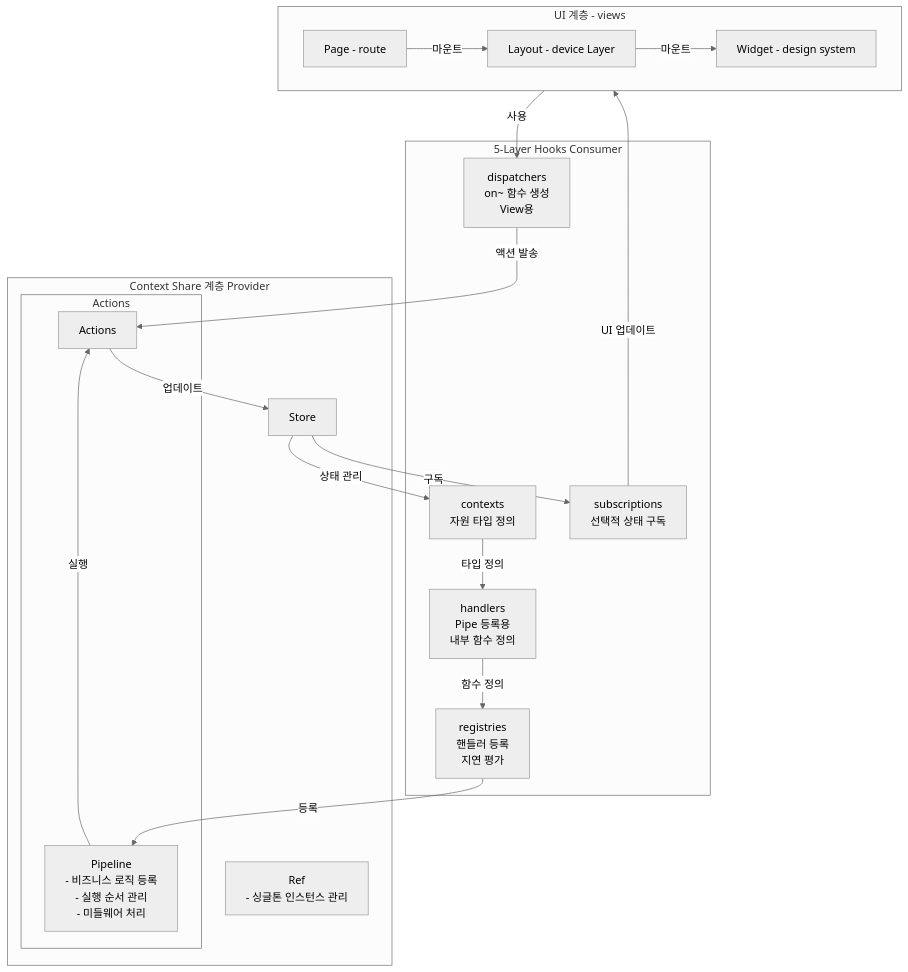
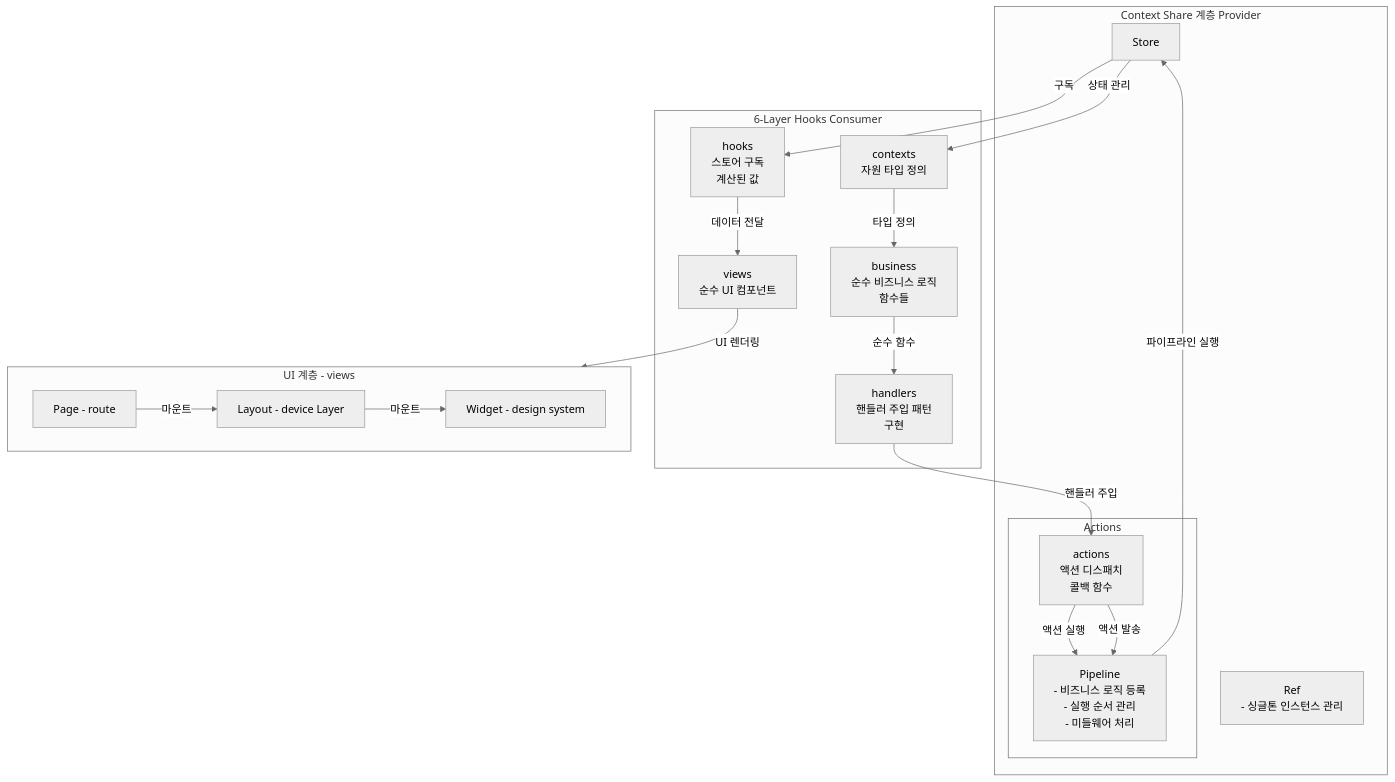
One commit to mineclover/context-action changed the diagram in docs/en/architecture/context-driven-architecture.md. Above: the diagram before and after it, drawn with Mermaid (neutral theme). The commit also changed other lines of this file and 12 other files, not shown here.

````diff
--- a/docs/en/architecture/context-driven-architecture.md
+++ b/docs/en/architecture/context-driven-architecture.md
@@ -17,44 +17,45 @@
 ```mermaid
 graph TD
     %% Context Share 계층
     subgraph ContextShare["Context Share 계층 Provider"]
         Store[Store]
         subgraph ActionsContainer["Actions"]
             Actions[Actions]
             Pipeline[Pipeline<br/>- 비즈니스 로직 등록<br/>- 실행 순서 관리<br/>- 미들웨어 처리]
         end
         Ref[Ref<br/>- 싱글톤 인스턴스 관리]
     end
 
-    %% 5-Layer Hooks 구조
-    subgraph Hooks["5-Layer Hooks Consumer"]
+    %% 6-Layer Hooks 구조
+    subgraph Hooks["6-Layer Hooks Consumer"]
         ContextDef[contexts<br/>자원 타입 정의]
-        Handlers[handlers<br/>Pipe 등록용<br/>내부 함수 정의]
-        Subscriptions[subscriptions<br/>선택적 상태 구독]
-        Registries[registries<br/>핸들러 등록<br/>지연 평가]
-        Dispatchers[dispatchers<br/>on~ 함수 생성<br/>View용]
+        Business[business<br/>순수 비즈니스 로직<br/>함수들]
+        Handlers[handlers<br/>핸들러 주입 패턴<br/>구현]
+        Actions[actions<br/>액션 디스패치<br/>콜백 함수]
+        Subscriptions[hooks<br/>스토어 구독<br/>계산된 값]
+        Views[views<br/>순수 UI 컴포넌트]
     end
 
     %% UI 계층
     subgraph UI["UI 계층 - views"]
         Page[Page - route]
         Layout[Layout - device Layer]
         Widget[Widget - design system]
     end
 
     %% 데이터 흐름
     Store -->|상태 관리| ContextDef
-    ContextDef -->|타입 정의| Handlers
-    Handlers -->|함수 정의| Registries
-    Registries -->|등록| Pipeline
-    Pipeline -->|실행| Actions
-    Actions -->|업데이트| Store
+    ContextDef -->|타입 정의| Business
+    Business -->|순수 함수| Handlers
+    Handlers -->|핸들러 주입| Actions
+    Actions -->|액션 실행| Pipeline
+    Pipeline -->|파이프라인 실행| Store
     Store -->|구독| Subscriptions
-    Subscriptions -->|UI 업데이트| UI
-    Dispatchers -->|액션 발송| Actions
-    UI -->|사용| Dispatchers
+    Subscriptions -->|데이터 전달| Views
+    Views -->|UI 렌더링| UI
+    Actions -->|액션 발송| Pipeline
 
     %% UI 마운트 순서
     Page -->|마운트| Layout
     Layout -->|마운트| Widget
 ```
````
